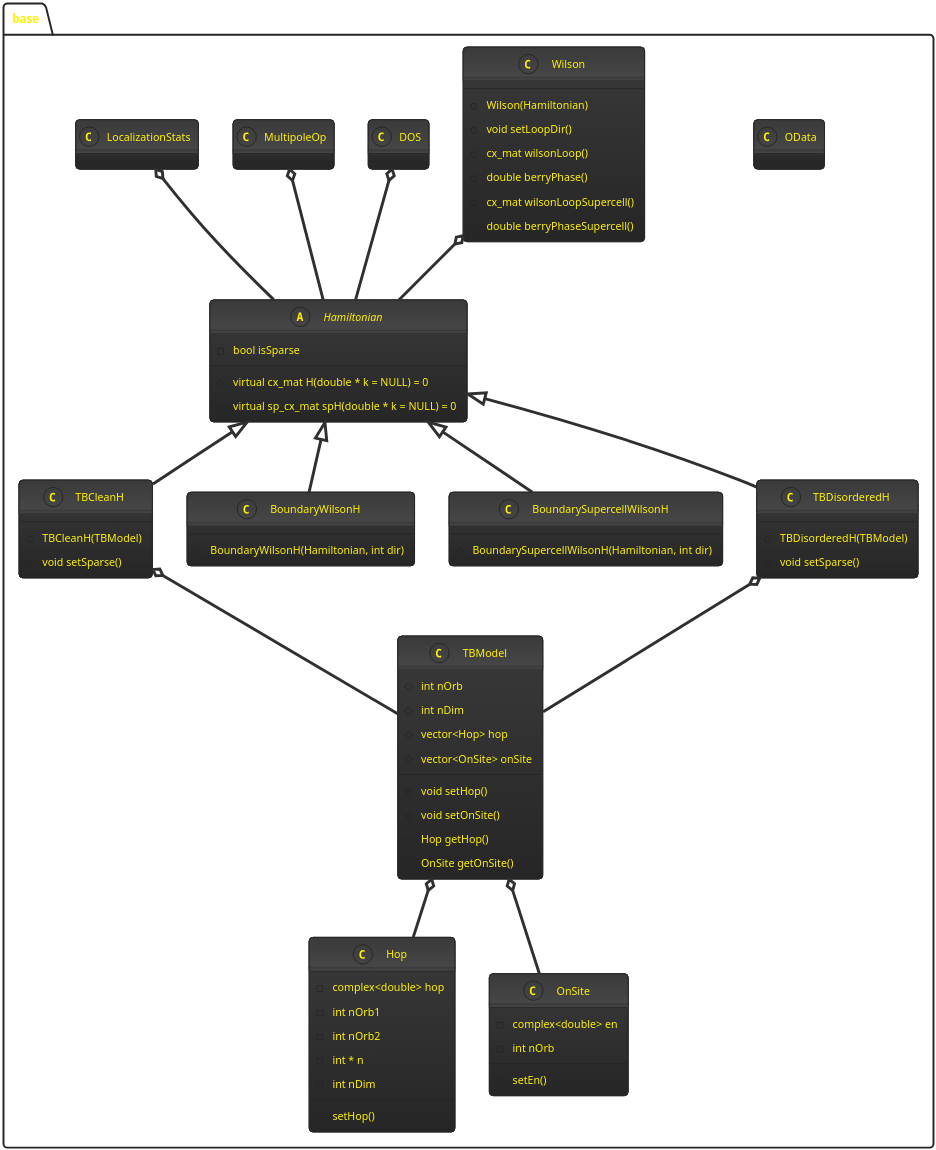
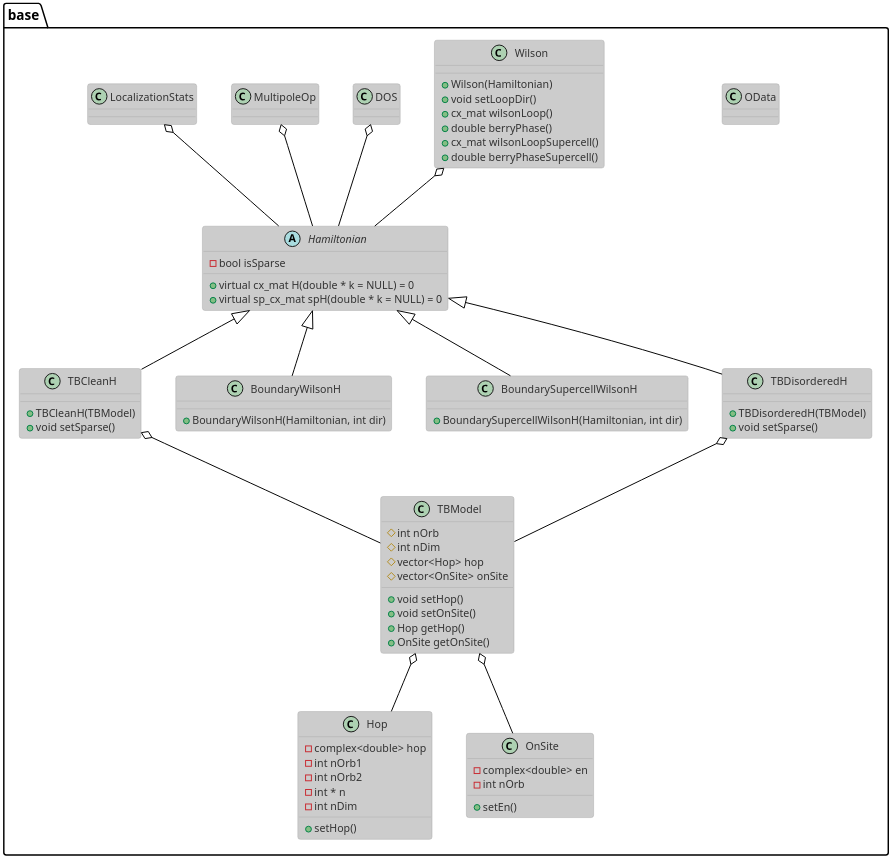
One commit to Hugo-loio/TIM changed the diagram in diagram/diagram.pu. Above: the diagram before and after it, drawn with PlantUML. The commit also changed 2 other files, not shown here.

Commit message:
changed theme

```diff
--- a/diagram/diagram.pu
+++ b/diagram/diagram.pu
@@ -1,99 +1,99 @@
 @startuml
-!theme black-knight
+!theme reddress-lightblue
 
 skinparam dpi 300
 
 package "base" {
 
   class TBModel{
     'Attributes
     # int nOrb
     # int nDim
     # vector<Hop> hop
     # vector<OnSite> onSite
     'Methods
     + void setHop()
     + void setOnSite()
     + Hop getHop()
     + OnSite getOnSite()
   }
 
   class Hop{
     -complex<double> hop
     -int nOrb1
     -int nOrb2
     -int * n
     -int nDim
     + setHop()
   }
 
   class OnSite{
     -complex<double> en
     -int nOrb
     + setEn()
   }
 
   class OData{
   }
 
   abstract class Hamiltonian{
   +virtual cx_mat H(double * k = NULL) = 0
   +virtual sp_cx_mat spH(double * k = NULL) = 0
   - bool isSparse
 }
 
 class Wilson{
   + Wilson(Hamiltonian)
   + void setLoopDir()
   + cx_mat wilsonLoop()
   + double berryPhase()
   + cx_mat wilsonLoopSupercell()
   + double berryPhaseSupercell()
 }
 
 class DOS{
 }
 
 class MultipoleOp{
 }
 
 class LocalizationStats{
 }
 
 class TBCleanH{
   + TBCleanH(TBModel)
   + void setSparse()
 }
 
 class BoundaryWilsonH{
   + BoundaryWilsonH(Hamiltonian, int dir)
 }
 
 class BoundarySupercellWilsonH{
   + BoundarySupercellWilsonH(Hamiltonian, int dir)
 }
 
 class TBDisorderedH{
   + TBDisorderedH(TBModel)
   + void setSparse()
 }
 
 Wilson o-- Hamiltonian
 DOS o-- Hamiltonian
 MultipoleOp o-- Hamiltonian
 LocalizationStats o--Hamiltonian
 
 Hamiltonian <|-- TBCleanH
 Hamiltonian <|-- TBDisorderedH
 Hamiltonian <|-- BoundaryWilsonH
 Hamiltonian <|-- BoundarySupercellWilsonH
 
 TBCleanH o-- TBModel
 TBDisorderedH o-- TBModel
 
 TBModel o-- OnSite
 TBModel o-- Hop
 
 }
 
 @enduml
```
